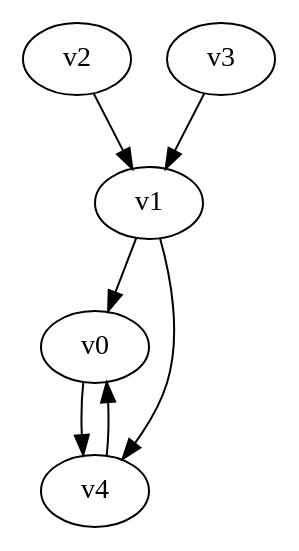
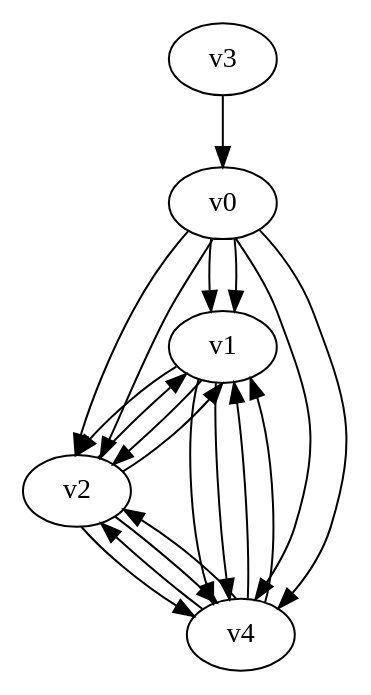
Before and after one commit to yadej/graph_project: the diagram in diagraph.dot, drawn with Graphviz. The commit also changed 1 other file, not shown here.

```diff
--- a/diagraph.dot
+++ b/diagraph.dot
@@ -1,6 +1,9 @@
 digraph G { 
-v1 -> v0 -> v4;
-v1 -> v4 -> v0;
-v2 -> v1;
-v3 -> v1;
+v0 -> v1 -> v2 -> v4;
+v0 -> v1 -> v4 -> v2;
+v0 -> v2 -> v1 -> v4;
+v0 -> v2 -> v4 -> v1;
+v0 -> v4 -> v1 -> v2;
+v0 -> v4 -> v2 -> v1;
+v3 -> v0;
 }
```
